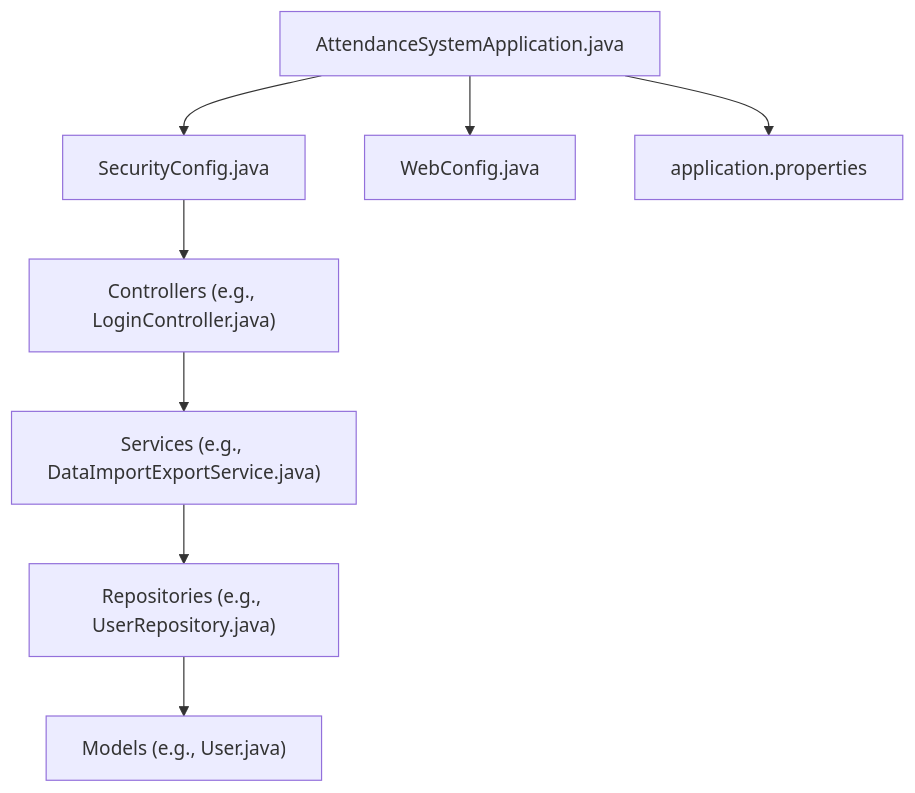
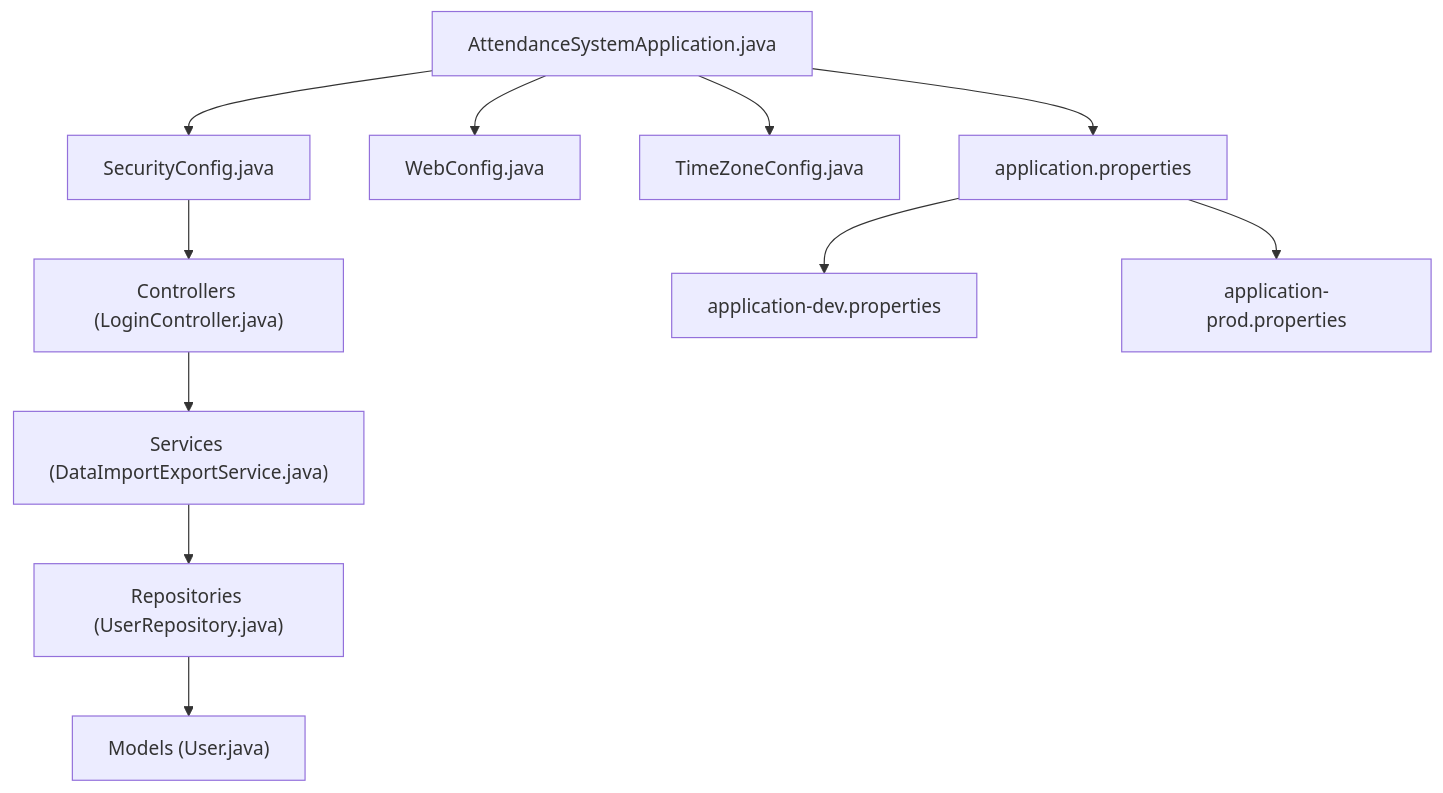
One commit to mhcybroot/Skylink-custom-backend changed the first of 8 diagrams in .qoder/repowiki/en/content/Developer Guidelines.md. Above: the diagram before and after it, drawn with Mermaid. The commit also changed other lines of this file and 7 other files, not shown here.

First line of the commit message:
feat(architecture): enhance security, real-time communication, and data access layers

````diff
--- a/.qoder/repowiki/en/content/Developer Guidelines.md
+++ b/.qoder/repowiki/en/content/Developer Guidelines.md
@@ -57,10 +72,13 @@
 ```mermaid
 graph TB
 App["AttendanceSystemApplication.java"] --> Cfg["SecurityConfig.java"]
 App --> Wc["WebConfig.java"]
-Cfg --> Ctrl["Controllers (e.g., LoginController.java)"]
-Ctrl --> Svc["Services (e.g., DataImportExportService.java)"]
-Svc --> Repo["Repositories (e.g., UserRepository.java)"]
-Repo --> Model["Models (e.g., User.java)"]
+App --> Timezone["TimeZoneConfig.java"]
+Cfg --> Ctrl["Controllers (LoginController.java)"]
+Ctrl --> Svc["Services (DataImportExportService.java)"]
+Svc --> Repo["Repositories (UserRepository.java)"]
+Repo --> Model["Models (User.java)"]
 App --> Res["application.properties"]
+Res --> Dev["application-dev.properties"]
+Res --> Prod["application-prod.properties"]
 ```
````
